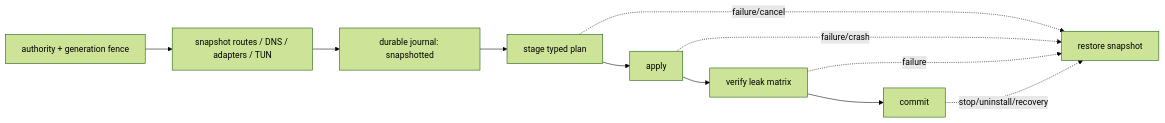
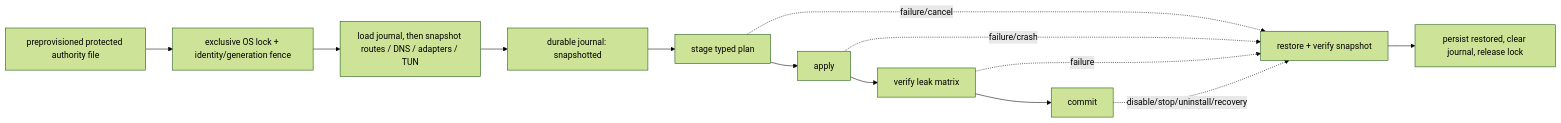
The diagram in docs/issue-14-dynamic-tun.md (coconilu/vpn-hub), drawn with Mermaid (forest theme) before and after one commit. The commit also changed other lines of this file and 7 other files, not shown here.

````diff
--- a/docs/issue-14-dynamic-tun.md
+++ b/docs/issue-14-dynamic-tun.md
@@ -55,13 +55,15 @@
 ```mermaid
 flowchart LR
-    A["authority + generation fence"] --> B["snapshot routes / DNS / adapters / TUN"]
-    B --> C["durable journal: snapshotted"]
-    C --> D["stage typed plan"]
-    D --> E["apply"]
-    E --> F["verify leak matrix"]
-    F --> G["commit"]
-    D -. failure/cancel .-> R["restore snapshot"]
-    E -. failure/crash .-> R
-    F -. failure .-> R
-    G -. stop/uninstall/recovery .-> R
+    A["preprovisioned protected authority file"] --> B["exclusive OS lock + identity/generation fence"]
+    B --> C["load journal, then snapshot routes / DNS / adapters / TUN"]
+    C --> D["durable journal: snapshotted"]
+    D --> E["stage typed plan"]
+    E --> F["apply"]
+    F --> G["verify leak matrix"]
+    G --> H["commit"]
+    E -. failure/cancel .-> R["restore + verify snapshot"]
+    F -. failure/crash .-> R
+    G -. failure .-> R
+    H -. disable/stop/uninstall/recovery .-> R
+    R --> I["persist restored, clear journal, release lock"]
 ```
````
